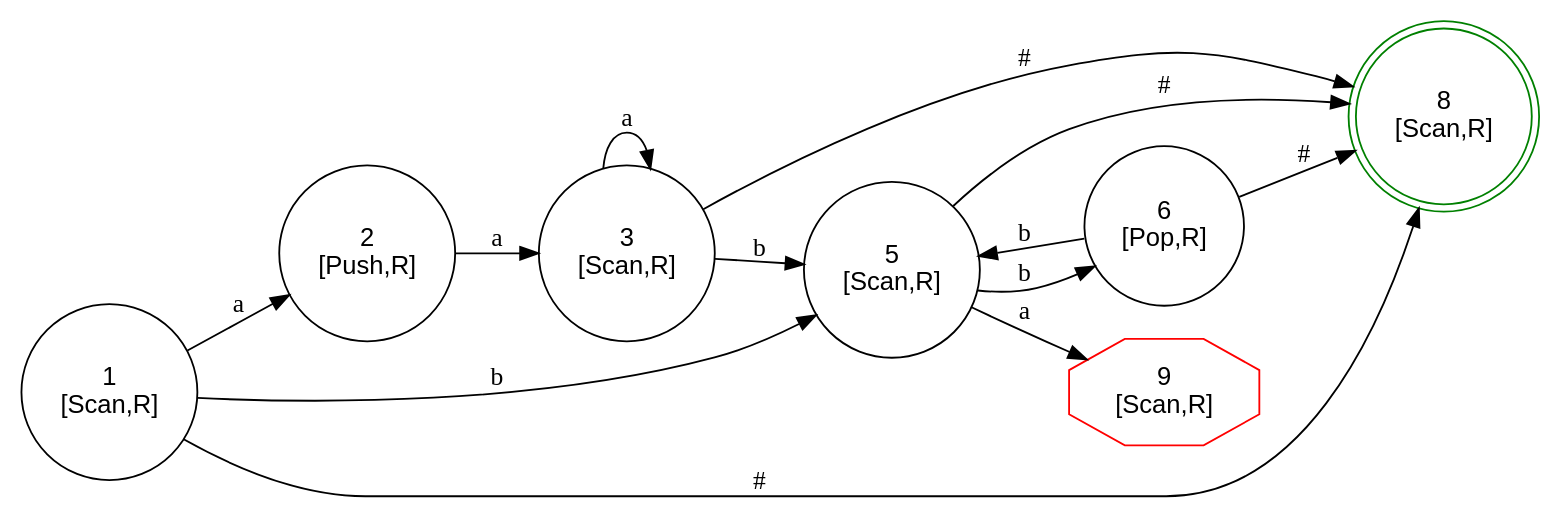
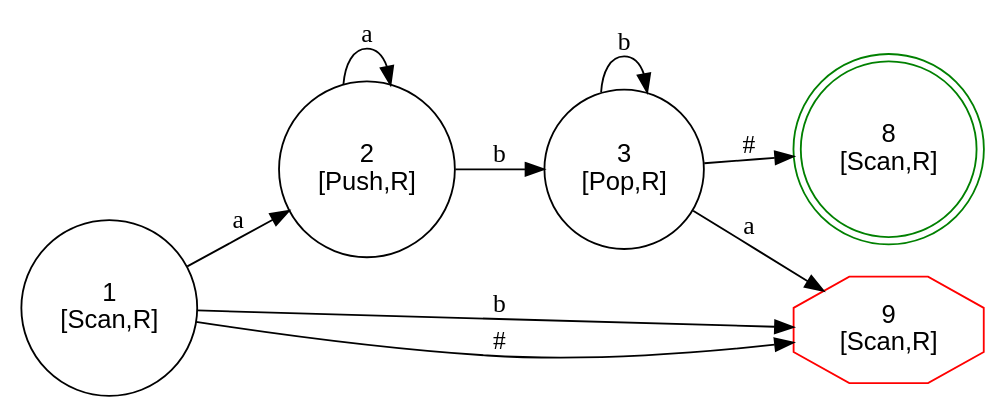
Before and after one commit to kokobabe99/turing_point: the diagram in dots/pda.dot, drawn with Graphviz. The commit also changed 9 other files, not shown here.

```diff
--- a/dots/pda.dot
+++ b/dots/pda.dot
@@ -1,22 +1,16 @@
 digraph FSM {
   rankdir=LR; node [shape=circle, fontname="Arial"];
   1 [label="1\n[Scan,R]", shape=circle];
   1 -> 2 [label="a"];
-  1 -> 5 [label="b"];
-  1 -> 8 [label="#"];
+  1 -> 9 [label="b"];
+  1 -> 9 [label="#"];
   2 [label="2\n[Push,R]", shape=circle];
-  2 -> 3 [label="a"];
-  3 [label="3\n[Scan,R]", shape=circle];
-  3 -> 3 [label="a"];
-  3 -> 5 [label="b"];
+  2 -> 2 [label="a"];
+  2 -> 3 [label="b"];
+  3 [label="3\n[Pop,R]", shape=circle];
+  3 -> 9 [label="a"];
+  3 -> 3 [label="b"];
   3 -> 8 [label="#"];
-  5 [label="5\n[Scan,R]", shape=circle];
-  5 -> 9 [label="a"];
-  5 -> 8 [label="#"];
-  5 -> 6 [label="b"];
-  6 [label="6\n[Pop,R]", shape=circle];
-  6 -> 5 [label="b"];
-  6 -> 8 [label="#"];
   8 [label="8\n[Scan,R]", shape=doublecircle, color="green"];
   9 [label="9\n[Scan,R]", shape=octagon, color="red"];
 }
```
